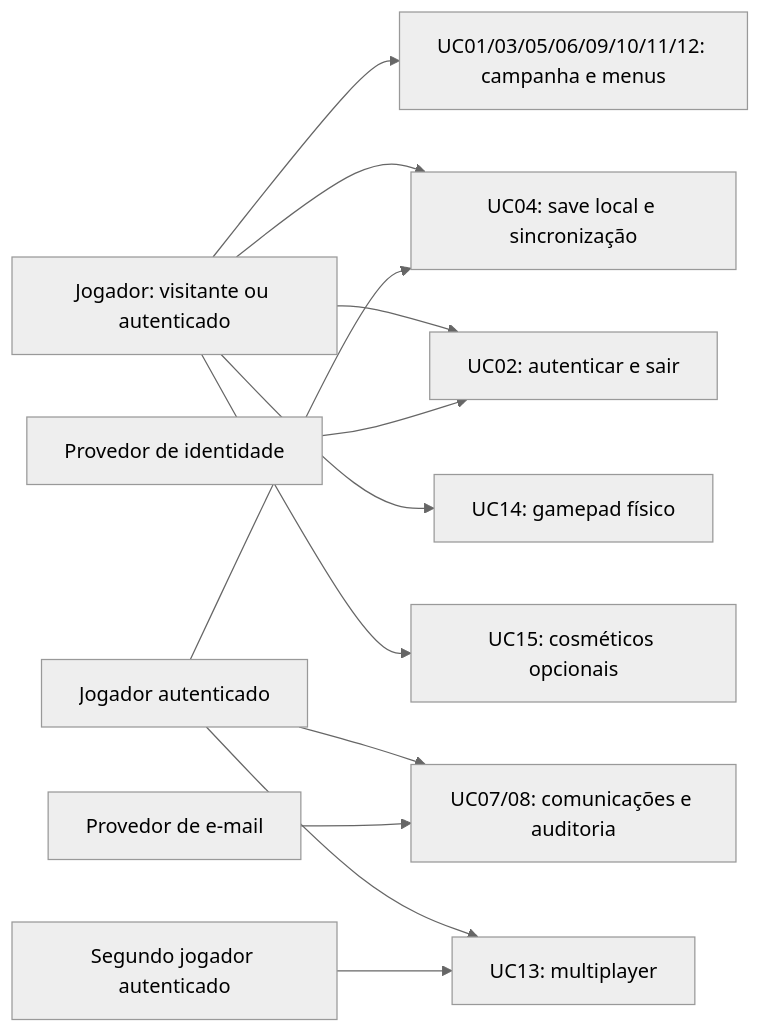
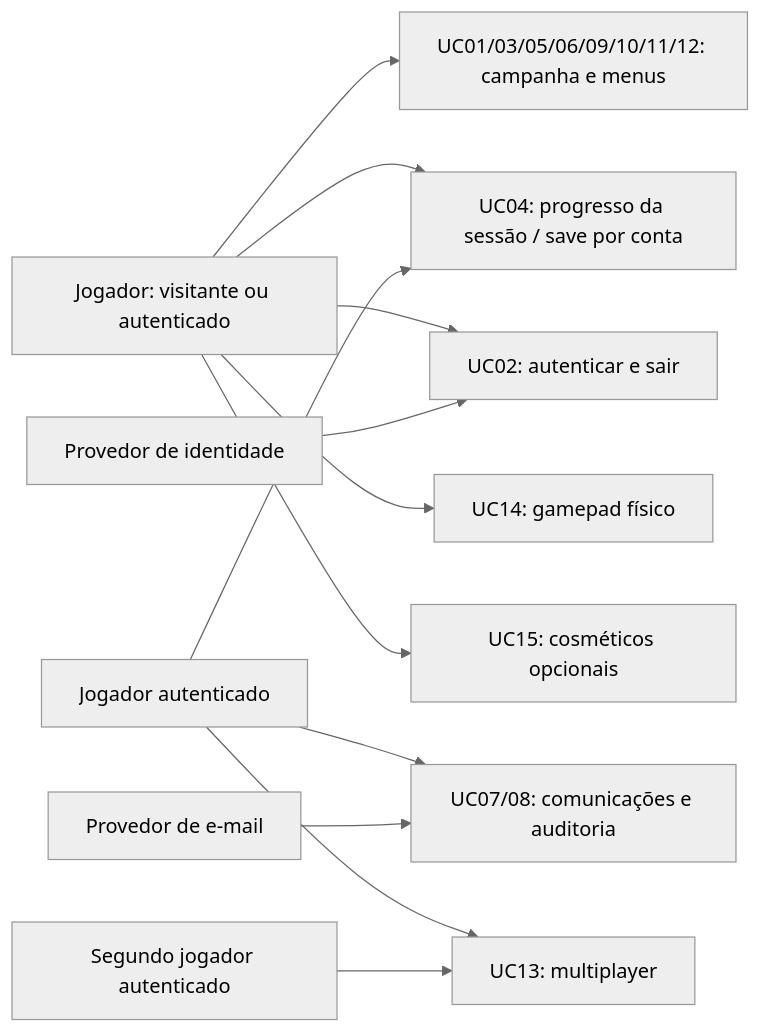
Before and after one commit to ViViJp/jogo-projeto-topicos-especiais: the diagram in isn/docs/sprint1/04-casos-de-uso.md, drawn with Mermaid (neutral theme). The commit also changed other lines of this file and 16 other files, not shown here.

````diff
--- a/isn/docs/sprint1/04-casos-de-uso.md
+++ b/isn/docs/sprint1/04-casos-de-uso.md
@@ -214,26 +216,26 @@
 ```mermaid
 flowchart LR
   jogador["Jogador: visitante ou autenticado"]
   conta["Jogador autenticado"]
   outro["Segundo jogador autenticado"]
   google["Provedor de identidade"]
   mail["Provedor de e-mail"]
   campanha["UC01/03/05/06/09/10/11/12: campanha e menus"]
-  save["UC04: save local e sincronização"]
+  save["UC04: progresso da sessão / save por conta"]
   login["UC02: autenticar e sair"]
   servicos["UC07/08: comunicações e auditoria"]
   multi["UC13: multiplayer"]
   pad["UC14: gamepad físico"]
   loja["UC15: cosméticos opcionais"]
   jogador --> campanha
   jogador --> save
   conta --> save
   jogador --> login
   google --> login
   conta --> servicos
   mail --> servicos
   conta --> multi
   outro --> multi
   jogador --> pad
   jogador --> loja
 ```
````
